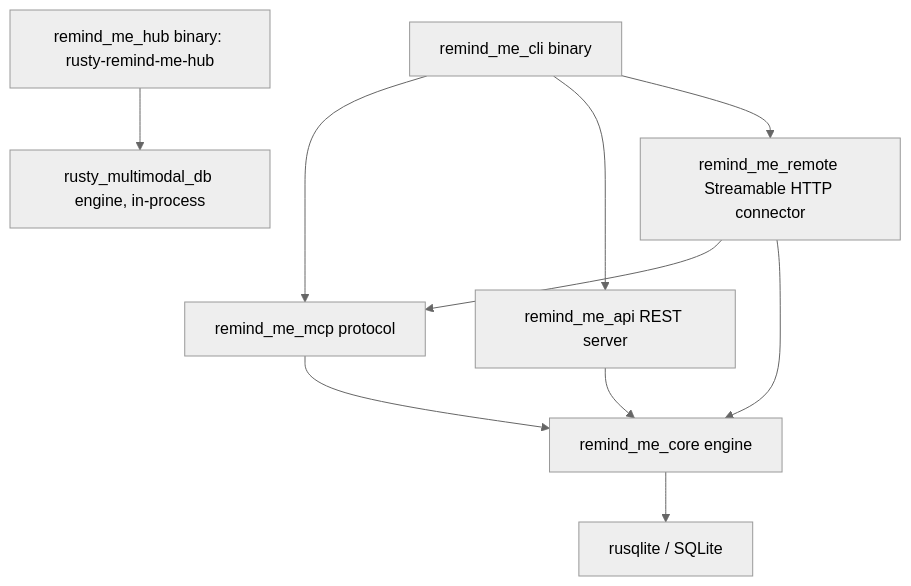
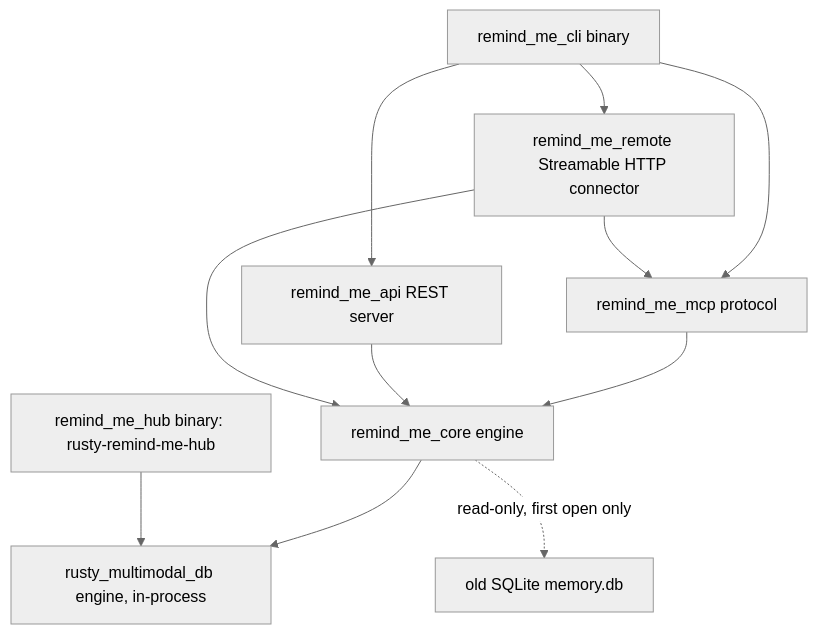
The diagram in crates/apps/rusty_remind_me/ARCHITECTURE.md (Rusty-Mill/rusty_mill), drawn with Mermaid (neutral theme) before and after one commit. The commit also changed other lines of this file and 4 other files, not shown here.

First line of the commit message:
remind_me: CI and docs for the engine-only store

````diff
--- a/crates/apps/rusty_remind_me/ARCHITECTURE.md
+++ b/crates/apps/rusty_remind_me/ARCHITECTURE.md
@@ -29,13 +29,14 @@
 ```mermaid
 graph TD
     CLI[remind_me_cli binary] --> MCP[remind_me_mcp protocol]
     CLI --> API[remind_me_api REST server]
     CLI --> REMOTE[remind_me_remote Streamable HTTP connector]
     MCP --> CORE[remind_me_core engine]
     API --> CORE
     REMOTE --> MCP
     REMOTE --> CORE
     HUB[remind_me_hub binary: rusty-remind-me-hub]
-    CORE --> RUSQLITE[rusqlite / SQLite]
-    HUB --> ENGINE[rusty_multimodal_db engine, in-process]
+    CORE --> ENGINE[rusty_multimodal_db engine, in-process]
+    CORE -.read-only, first open only.-> LEGACY[old SQLite memory.db]
+    HUB --> ENGINE
 ```
````
